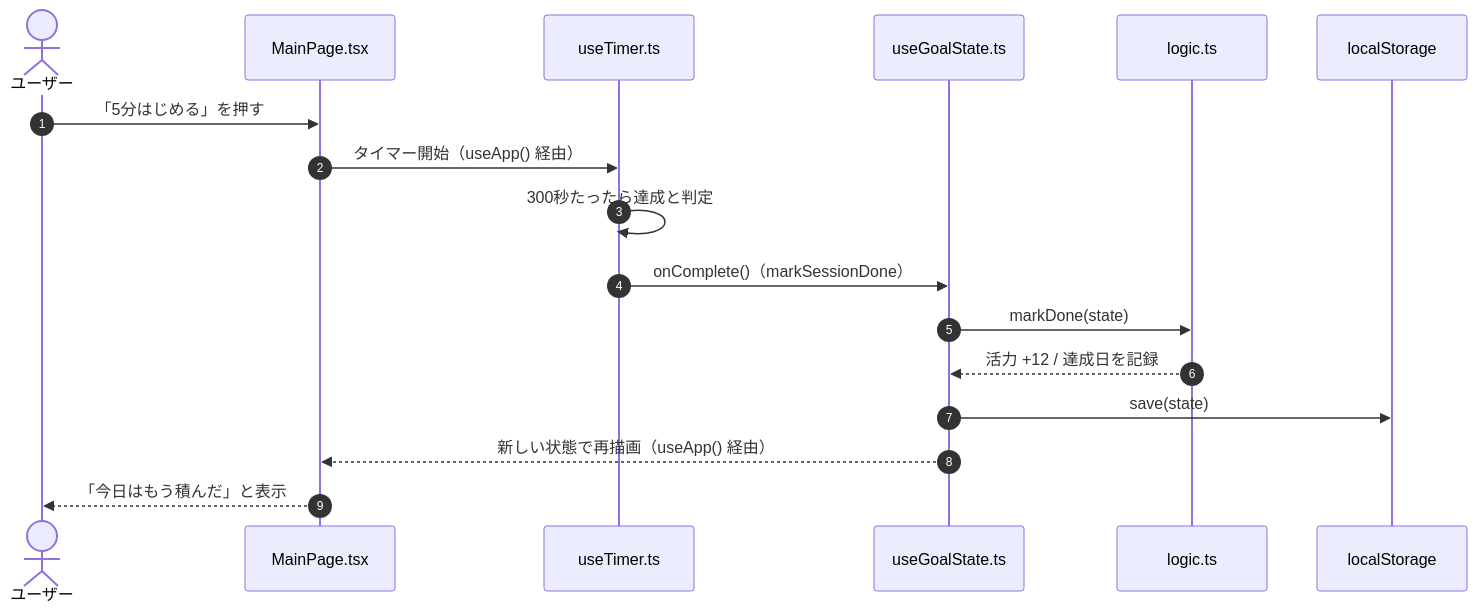
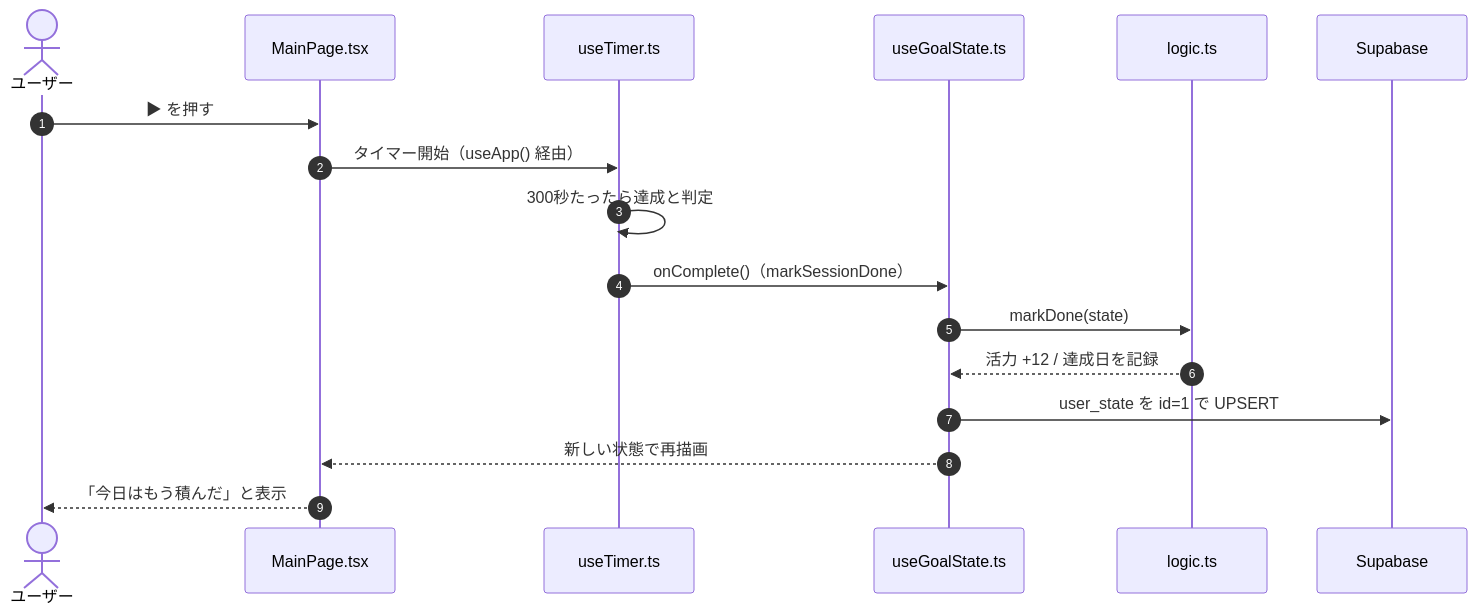
The fourth of 6 diagrams in ARCHITECTURE.md (kuramochi703/keep-motivation-app), drawn with Mermaid before and after one commit. The commit also changed other lines of this file and 11 other files, not shown here.

````diff
--- a/ARCHITECTURE.md
+++ b/ARCHITECTURE.md
@@ -223,20 +200,20 @@
 ```mermaid
 sequenceDiagram
     autonumber
     actor U as ユーザー
     participant M as MainPage.tsx
     participant T as useTimer.ts
     participant G as useGoalState.ts
     participant L as logic.ts
-    participant S as localStorage
+    participant S as Supabase
 
-    U->>M: 「5分はじめる」を押す
+    U->>M: ▶ を押す
     M->>T: タイマー開始（useApp() 経由）
     T->>T: 300秒たったら達成と判定
     T->>G: onComplete()（markSessionDone）
     G->>L: markDone(state)
     L-->>G: 活力 +12 / 達成日を記録
-    G->>S: save(state)
-    G-->>M: 新しい状態で再描画（useApp() 経由）
+    G->>S: user_state を id=1 で UPSERT
+    G-->>M: 新しい状態で再描画
     M-->>U: 「今日はもう積んだ」と表示
 ```
````
